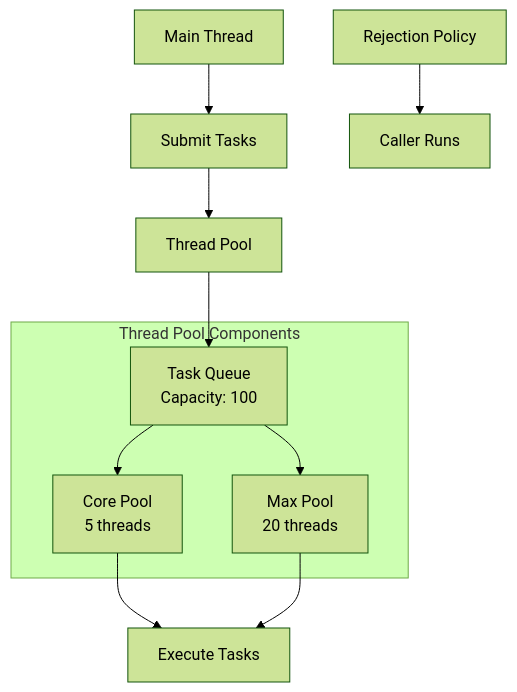
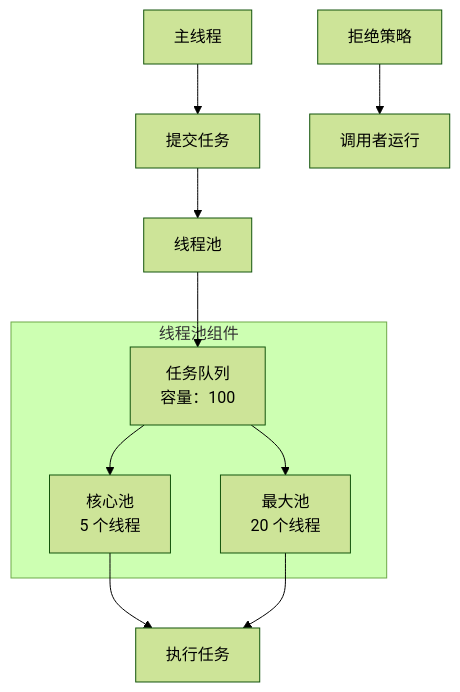
The fourth of 8 diagrams in i18n/zh-Hans/docusaurus-plugin-content-docs/current/engineering/backend/concurrency.md (YiWang24/AiDIY), drawn with Mermaid (forest theme) before and after one commit. The commit also changed other lines of this file and 26 other files, not shown here.

````diff
--- a/i18n/zh-Hans/docusaurus-plugin-content-docs/current/engineering/backend/concurrency.md
+++ b/i18n/zh-Hans/docusaurus-plugin-content-docs/current/engineering/backend/concurrency.md
@@ -380,20 +380,20 @@
 ```mermaid
 flowchart TB
-    A[Main Thread] --> B[Submit Tasks]
-    B --> C[Thread Pool]
+    A[主线程] --> B[提交任务]
+    B --> C[线程池]
 
-    subgraph ThreadPool["Thread Pool Components"]
-        D[Core Pool<br/>5 threads]
-        E[Task Queue<br/>Capacity: 100]
-        F[Max Pool<br/>20 threads]
+    subgraph ThreadPool["线程池组件"]
+        D[核心池<br/>5 个线程]
+        E[任务队列<br/>容量：100]
+        F[最大池<br/>20 个线程]
     end
 
     C --> E
     E --> D
     E --> F
 
-    D --> G[Execute Tasks]
+    D --> G[执行任务]
     F --> G
 
-    H[Rejection Policy] --> I[Caller Runs]
+    H[拒绝策略] --> I[调用者运行]
 ```
````
